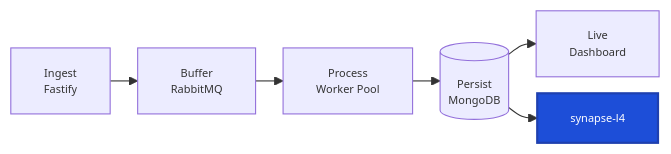
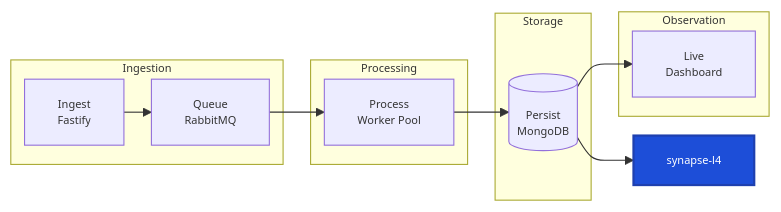
Before and after one commit to obrienma/EventHorizon: the first of 2 diagrams in README.md, drawn with Mermaid. The commit also changed other lines of this file, not shown here.

````diff
--- a/README.md
+++ b/README.md
@@ -13,14 +13,25 @@
 ```mermaid
 %%{init: {'themeVariables': {'fontSize': '10px'}, 'flowchart': {'nodeSpacing': 15, 'rankSpacing': 25}}}%%
 flowchart LR
-    A[Ingest<br/>Fastify] --> B[Buffer<br/>RabbitMQ]
-    B --> C[Process<br/>Worker Pool]
-    C --> D[(Persist<br/>MongoDB)]
-    D --> E[Live<br/>Dashboard]
+    subgraph Ingestion
+        A[Ingest<br/>Fastify] --> B[Queue<br/>RabbitMQ]
+    end
+    subgraph Processing
+        C[Process<br/>Worker Pool]
+    end
+    subgraph Storage
+        D[(Persist<br/>MongoDB)]
+    end
+    subgraph Observation
+        E[Live<br/>Dashboard]
+    end
+    B --> C
+    C --> D
+    D --> E
     D --> F[synapse-l4]
 
     click F "https://github.com/obrienma/synapse-l4#readme" "Go to synapse-l4 repo"
 
     classDef clickable fill:#1d4ed8,stroke:#1e40af,stroke-width:2px,color:#ffffff
     class F clickable
 ```
````
